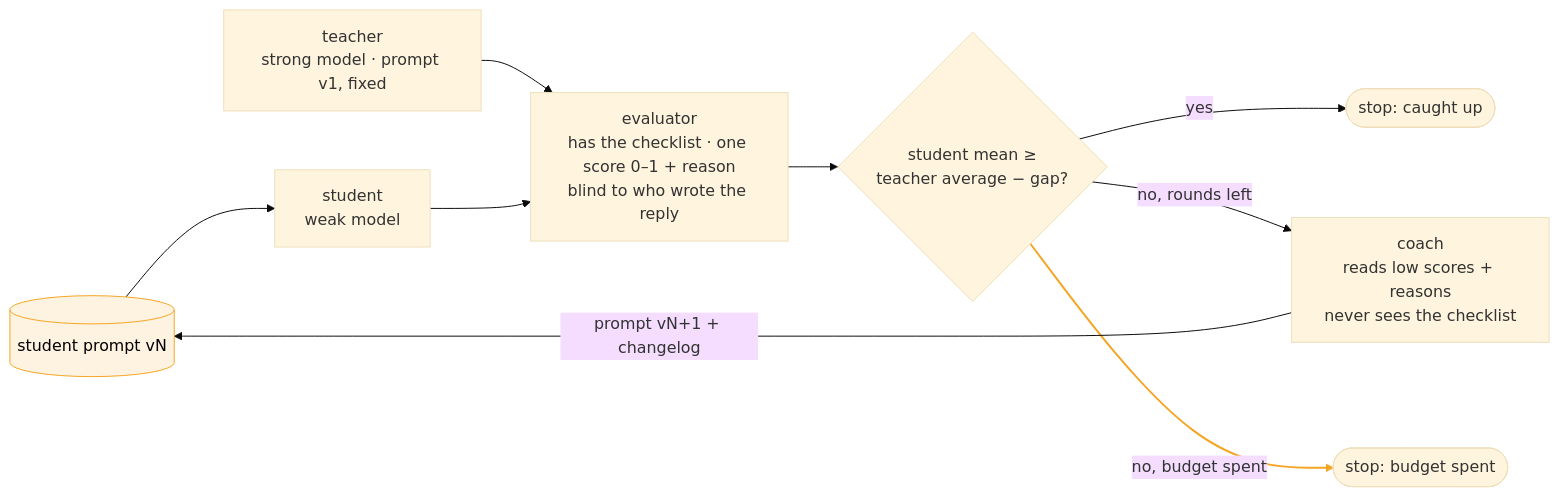
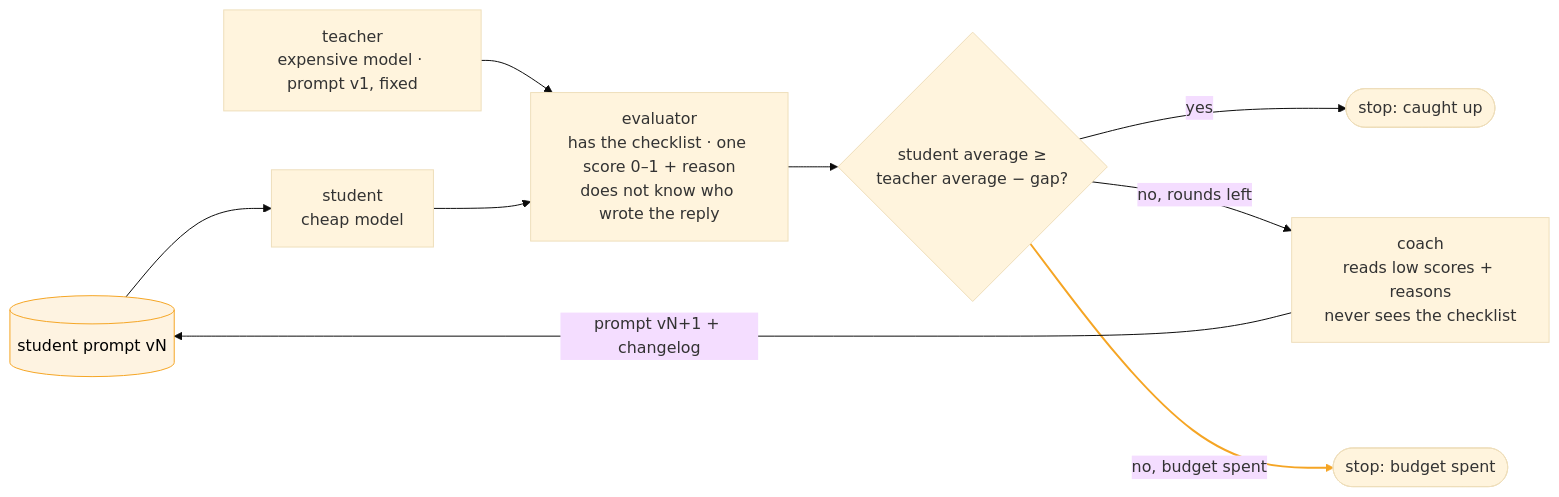
One commit to komodorio/hello-world-continual-learning changed the diagram in README.md. Above: the diagram before and after it, drawn with Mermaid (base theme). The commit also changed other lines of this file and 1 other file, not shown here.

````diff
--- a/README.md
+++ b/README.md
@@ -32,14 +37,14 @@
 ```mermaid
 flowchart LR
     classDef student fill:#f5a52422,stroke:#f5a524,color:#000
     P[("student prompt vN")]:::student
-    P --> S[student<br/>weak model]
-    T[teacher<br/>strong model · prompt v1, fixed] --> J
-    S --> J[evaluator<br/>has the checklist · one score 0–1 + reason<br/>blind to who wrote the reply]
-    J --> D{student mean ≥<br/>teacher average − gap?}
+    P --> S[student<br/>cheap model]
+    T[teacher<br/>expensive model · prompt v1, fixed] --> J
+    S --> J[evaluator<br/>has the checklist · one score 0–1 + reason<br/>does not know who wrote the reply]
+    J --> D{student average ≥<br/>teacher average − gap?}
     D -- yes --> X([stop: caught up])
     D -- no, rounds left --> C[coach<br/>reads low scores + reasons<br/>never sees the checklist]
     D -- no, budget spent --> Y([stop: budget spent])
     C -- "prompt vN+1 + changelog" --> P
     linkStyle 6 stroke:#f5a524,stroke-width:2px
 ```
````
